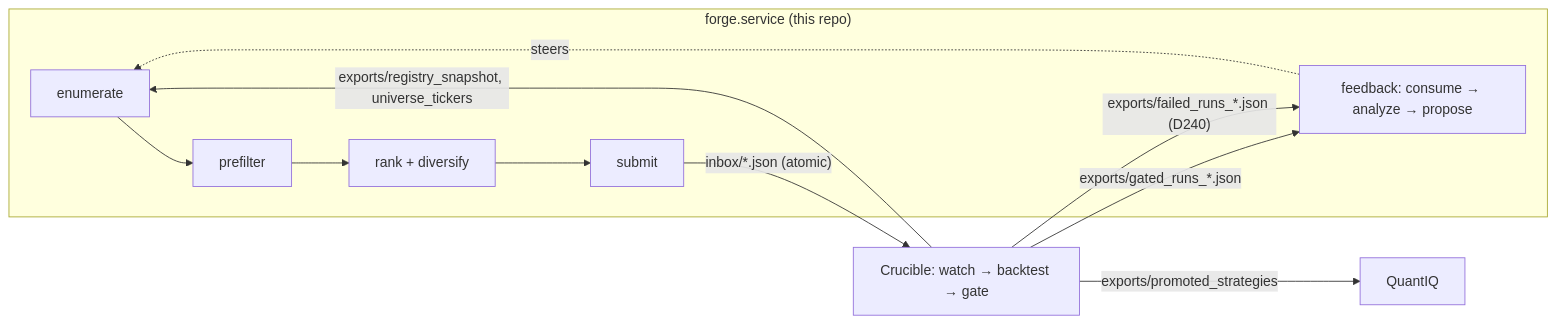
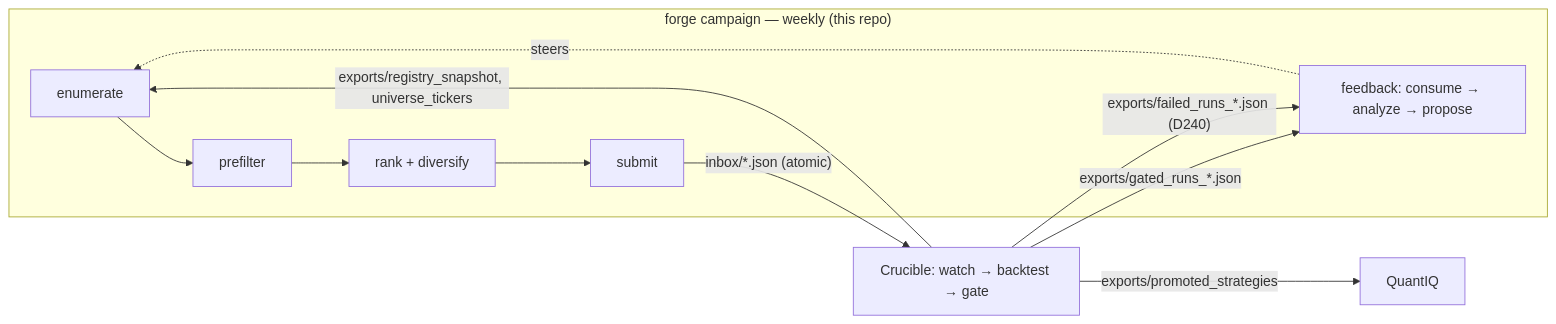
Before and after one commit to deloneyarthur/Forge: the diagram in docs/architecture.md, drawn with Mermaid. The commit also changed other lines of this file and 7 other files, not shown here.

First line of the commit message:
docs(batch5-G1): MANPAGE/HOW-TO/architecture/CLAUDE.md/NEW_BOX/setup_new_box/deploy.md/deploy_preflight describe the daemon-less pipeline — six commands, two timers, the tree is the deploy

````diff
--- a/docs/architecture.md
+++ b/docs/architecture.md
@@ -12,12 +12,12 @@
 ```mermaid
 flowchart LR
-    subgraph Forge["forge.service (this repo)"]
+    subgraph Forge["forge campaign — weekly (this repo)"]
         E[enumerate] --> P[prefilter] --> R[rank + diversify] --> S[submit]
         F["feedback: consume → analyze → propose"] -. steers .-> E
     end
     S -- "inbox/*.json (atomic)" --> C["Crucible: watch → backtest → gate"]
     C -- "exports/gated_runs_*.json" --> F
     C -- "exports/failed_runs_*.json (D240)" --> F
     C -- "exports/registry_snapshot, universe_tickers" --> E
     C -- "exports/promoted_strategies" --> Q[QuantIQ]
 ```
````
